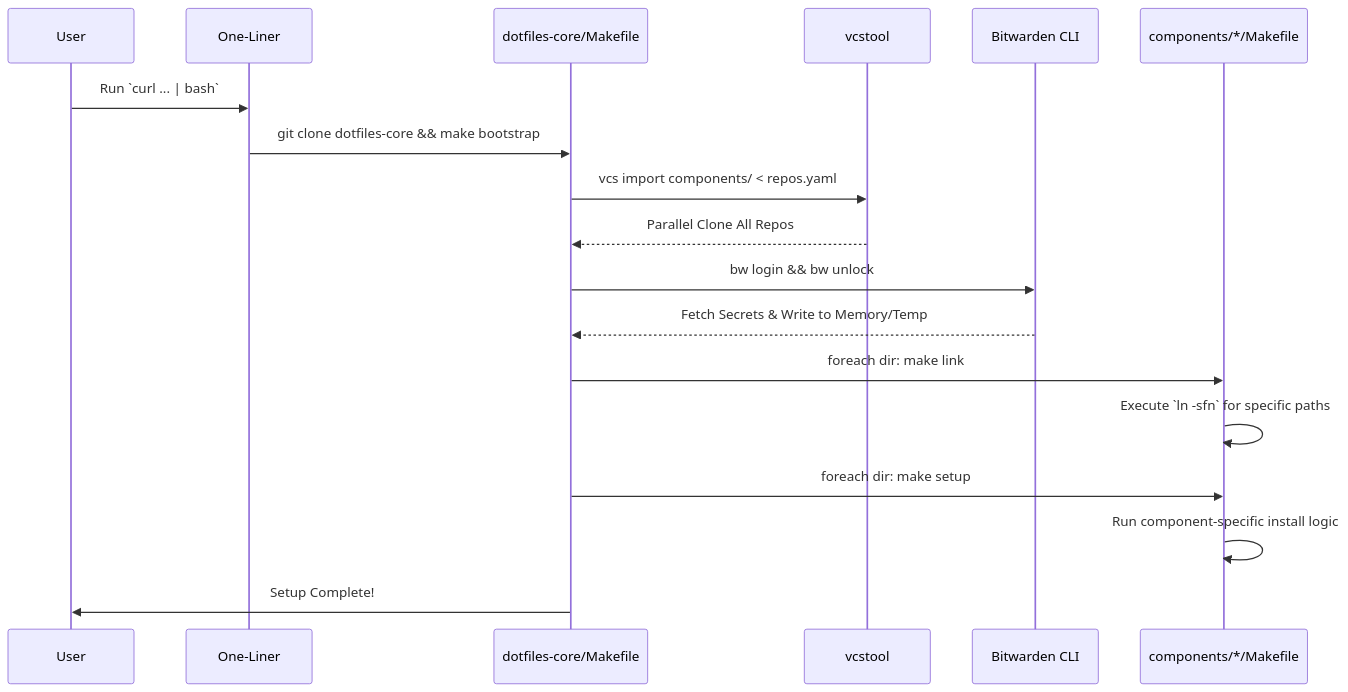
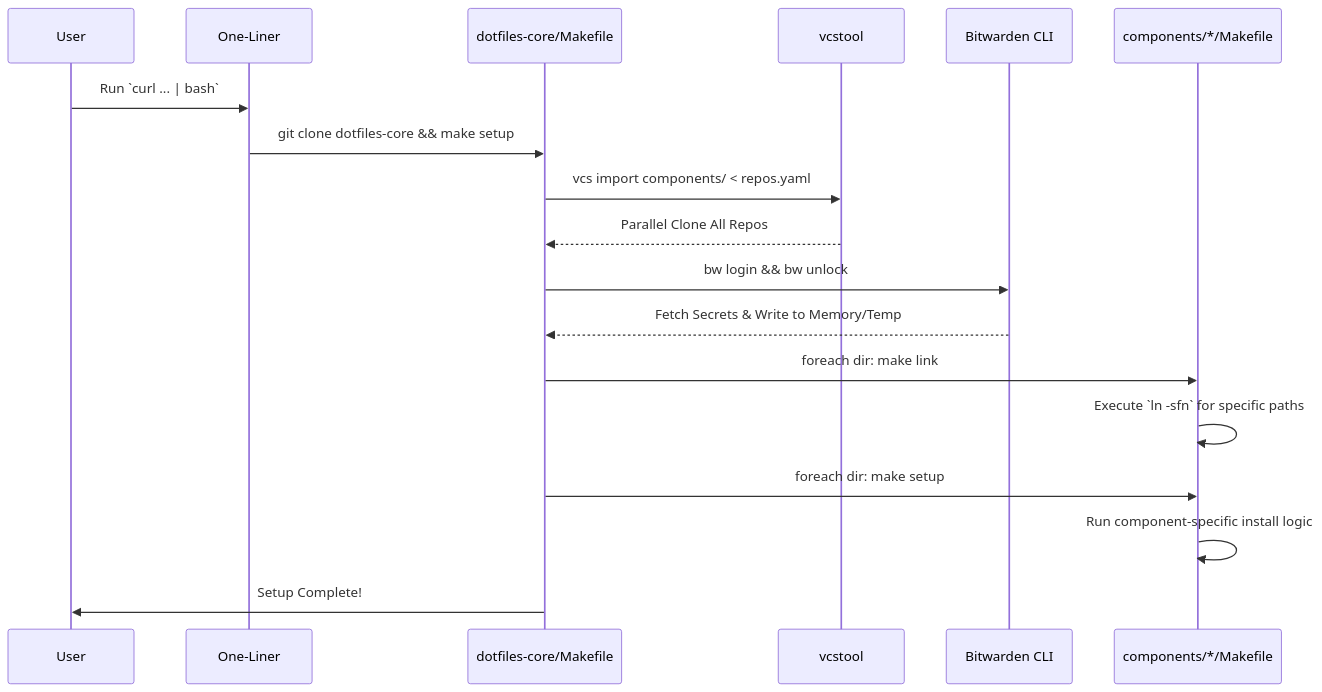
The diagram in SPEC.md (yohi/dotfiles-core), drawn with Mermaid before and after one commit. The commit also changed 2 other files, not shown here.

Commit message:
chore: セットアップ要件とMakefileの堅牢性向上

````diff
--- a/SPEC.md
+++ b/SPEC.md
@@ -77,21 +77,21 @@
 ```mermaid
 sequenceDiagram
     participant User
     participant CurlBash as One-Liner
     participant CoreMake as dotfiles-core/Makefile
     participant VCS as vcstool
     participant BW as Bitwarden CLI
     participant SubMake as components/*/Makefile
 
     User->>CurlBash: Run `curl ... | bash`
-    CurlBash->>CoreMake: git clone dotfiles-core && make bootstrap
+    CurlBash->>CoreMake: git clone dotfiles-core && make setup
     CoreMake->>VCS: vcs import components/ < repos.yaml
     VCS-->>CoreMake: Parallel Clone All Repos
     CoreMake->>BW: bw login && bw unlock
     BW-->>CoreMake: Fetch Secrets & Write to Memory/Temp
     CoreMake->>SubMake: foreach dir: make link
     SubMake->>SubMake: Execute `ln -sfn` for specific paths
     CoreMake->>SubMake: foreach dir: make setup
     SubMake->>SubMake: Run component-specific install logic
     CoreMake->>User: Setup Complete!
 ```
````
